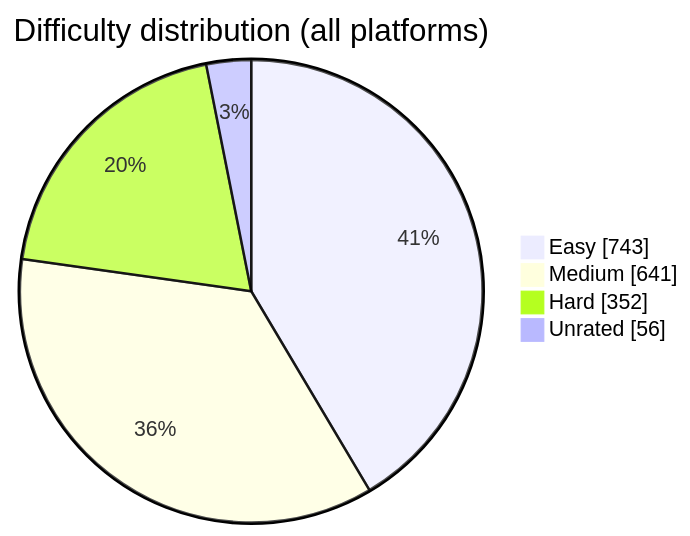
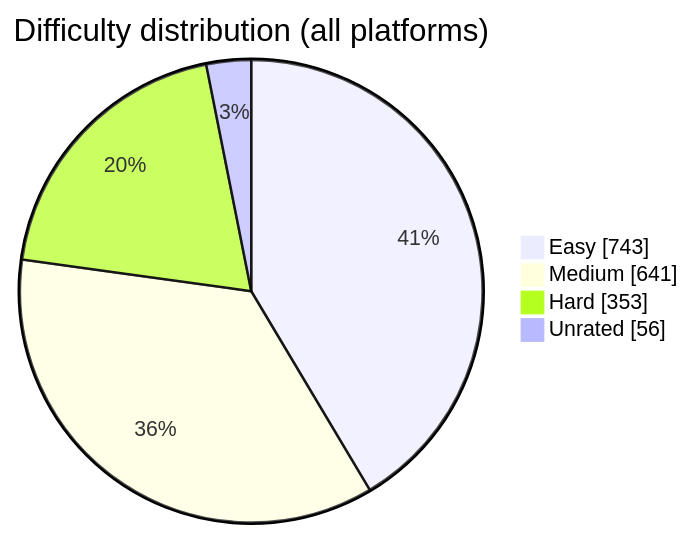
Before and after one commit to BuildbyArindam/Daily-Coding-Log: the diagram in README.md, drawn with Mermaid. The commit also changed other lines of this file, not shown here.

````diff
--- a/README.md
+++ b/README.md
@@ -108,7 +108,7 @@
 ```mermaid
 pie showData title Difficulty distribution (all platforms)
     "Easy" : 743
     "Medium" : 641
-    "Hard" : 352
+    "Hard" : 353
     "Unrated" : 56
 ```
````
